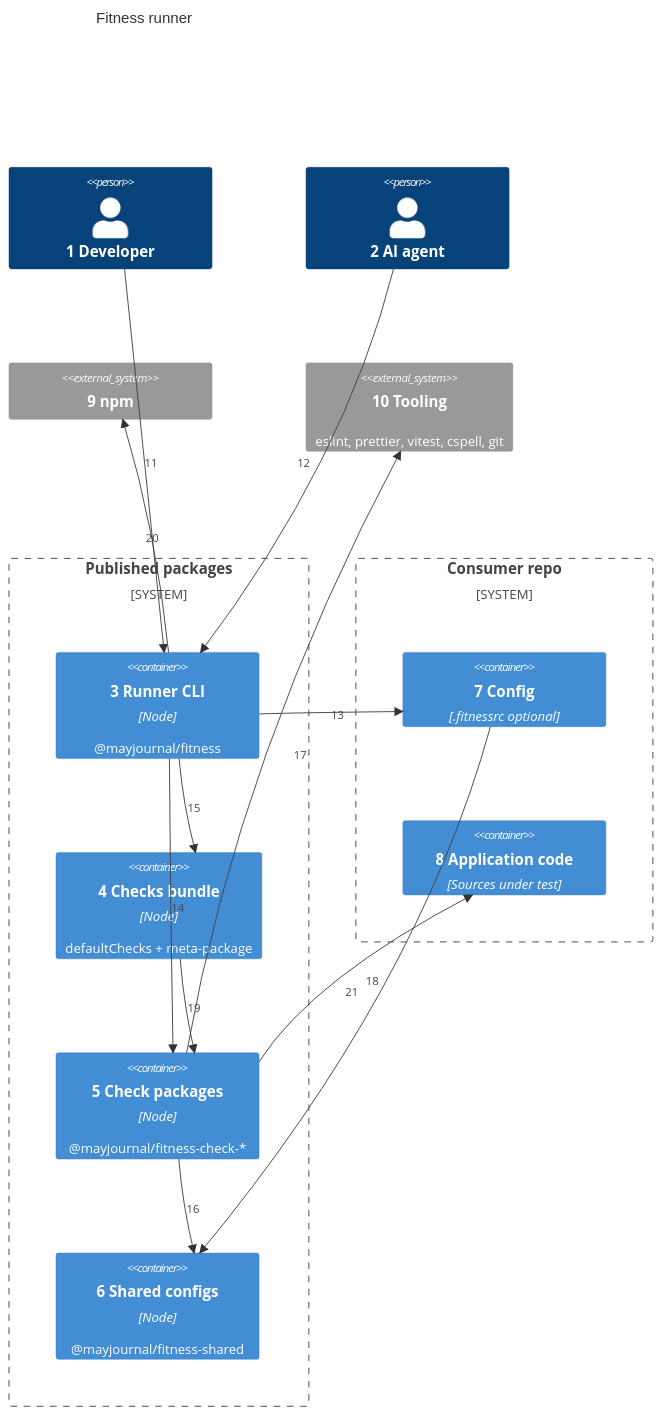
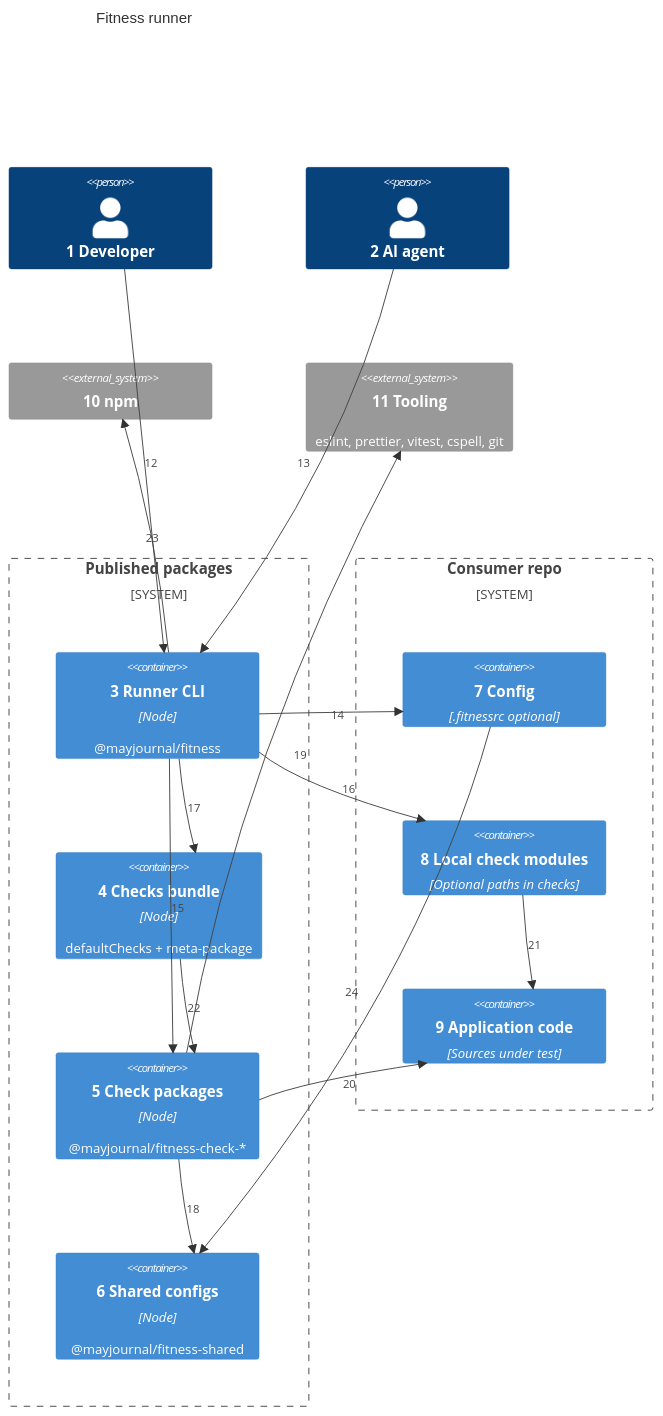
One commit to may-journal/fitness-runner changed the first of 2 diagrams in architecture/02-containers.md. Above: the diagram before and after it, drawn with Mermaid. The commit also changed other lines of this file and 21 other files, not shown here.

First line of the commit message:
docs(architecture): document local check paths in .fitnessrc (issue #23)

````diff
--- a/architecture/02-containers.md
+++ b/architecture/02-containers.md
@@ -7,34 +7,37 @@
 ```mermaid
 C4Container
     title Fitness runner
 
     Person(developer, "1 Developer")
     Person(agent, "2 AI agent")
 
     System_Boundary(publish, "Published packages") {
         Container(cli, "3 Runner CLI", "Node", "@mayjournal/fitness")
         Container(bundle, "4 Checks bundle", "Node", "defaultChecks + meta-package")
         Container(checks, "5 Check packages", "Node", "@mayjournal/fitness-check-*")
         Container(shared, "6 Shared configs", "Node", "@mayjournal/fitness-shared")
     }
 
     System_Boundary(consumer, "Consumer repo") {
         Container(rc, "7 Config", ".fitnessrc optional")
-        Container(code, "8 Application code", "Sources under test")
+        Container(localChecks, "8 Local check modules", "Optional paths in checks")
+        Container(code, "9 Application code", "Sources under test")
     }
 
-    System_Ext(npm, "9 npm")
-    System_Ext(tools, "10 Tooling", "eslint, prettier, vitest, cspell, git")
+    System_Ext(npm, "10 npm")
+    System_Ext(tools, "11 Tooling", "eslint, prettier, vitest, cspell, git")
 
-    Rel(developer, cli, "11")
-    Rel(agent, cli, "12")
-    Rel(cli, rc, "13")
-    Rel(cli, checks, "14")
-    Rel(cli, bundle, "15")
-    Rel(checks, shared, "16")
-    Rel(checks, tools, "17")
-    Rel(checks, code, "18")
-    Rel(bundle, checks, "19")
-    Rel(cli, npm, "20")
-    Rel(rc, shared, "21")
+    Rel(developer, cli, "12")
+    Rel(agent, cli, "13")
+    Rel(cli, rc, "14")
+    Rel(cli, checks, "15")
+    Rel(cli, localChecks, "16")
+    Rel(cli, bundle, "17")
+    Rel(checks, shared, "18")
+    Rel(checks, tools, "19")
+    Rel(checks, code, "20")
+    Rel(localChecks, code, "21")
+    Rel(bundle, checks, "22")
+    Rel(cli, npm, "23")
+    Rel(rc, shared, "24")
 ```
````
